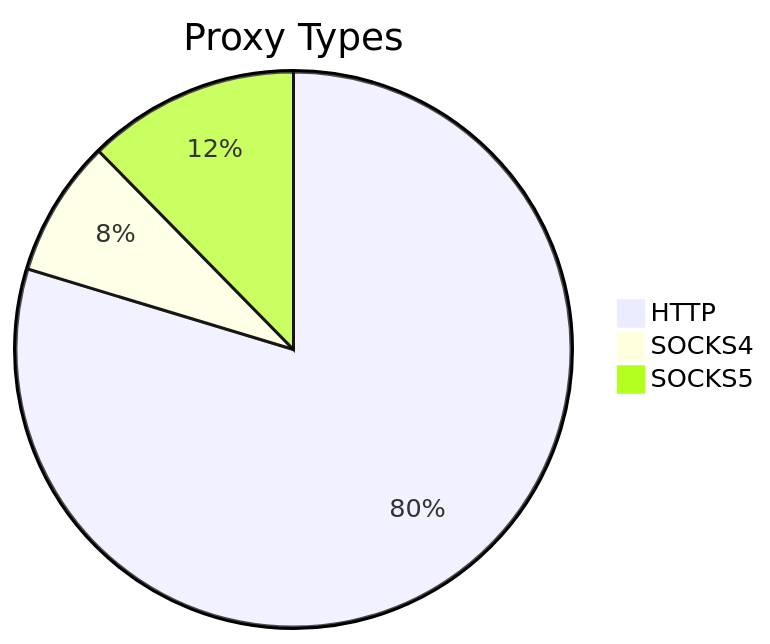
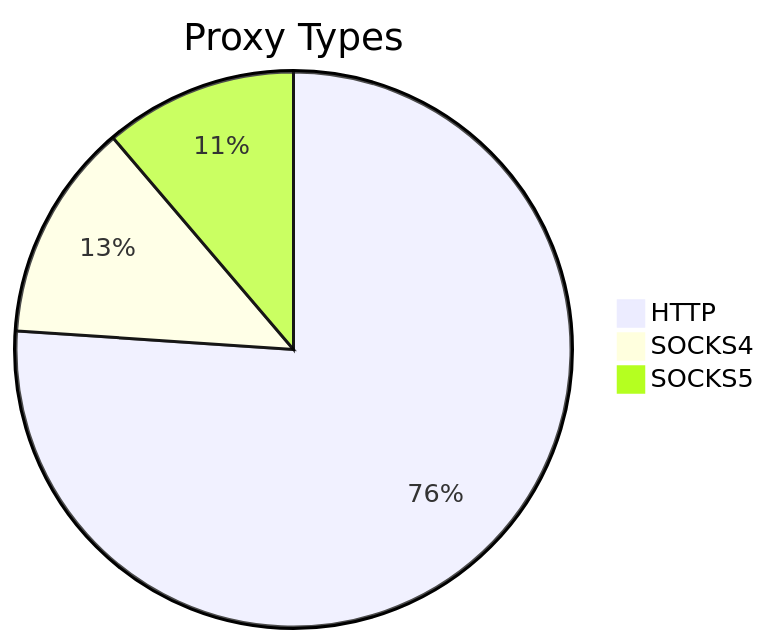
The first of 2 diagrams in README.md (stormsia/proxy-list), drawn with Mermaid before and after one commit. The commit also changed other lines of this file, not shown here.

````diff
--- a/README.md
+++ b/README.md
@@ -21,6 +21,6 @@
 ```mermaid
 pie title Proxy Types
-    "HTTP" : 400
-    "SOCKS4" : 40
-    "SOCKS5" : 62
+    "HTTP" : 677
+    "SOCKS4" : 113
+    "SOCKS5" : 100
 ```
````
